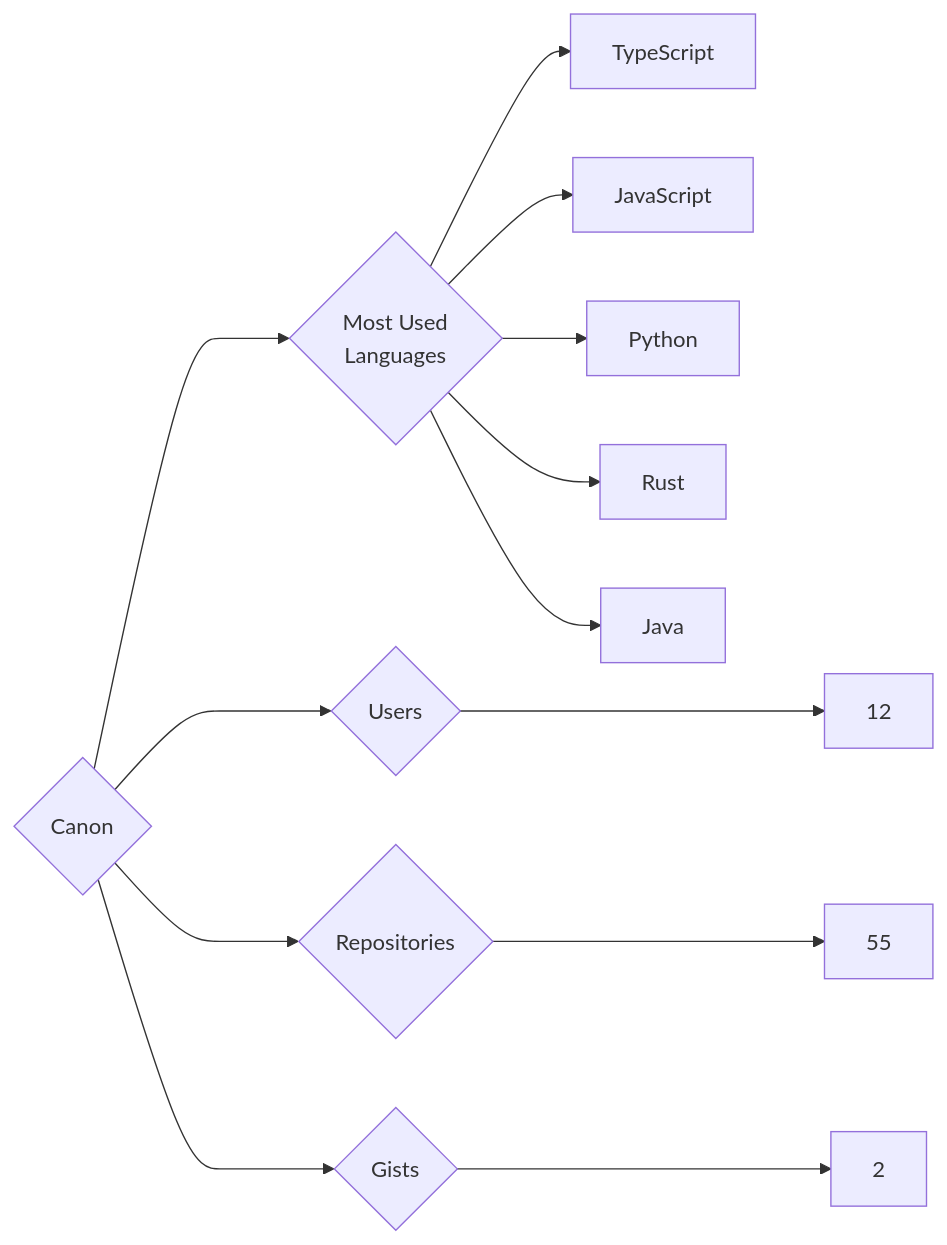
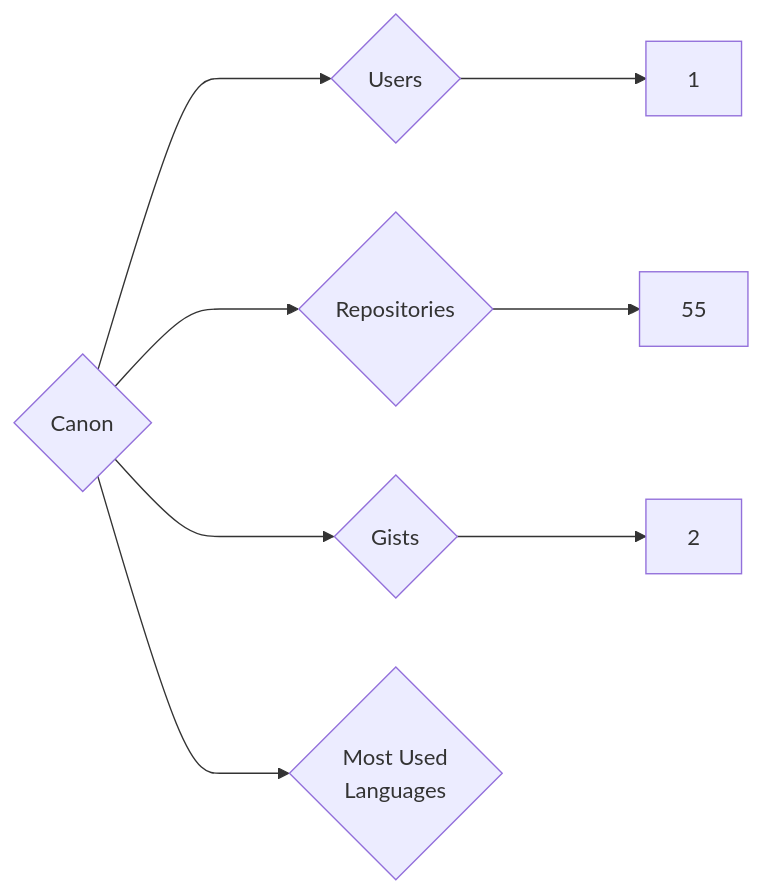
The diagram in targets/Canon/README.md (trickest/insiders), drawn with Mermaid before and after one commit. The commit also changed 718 other files, not shown here.

````diff
--- a/targets/Canon/README.md
+++ b/targets/Canon/README.md
@@ -3,13 +3,8 @@
 ```mermaid
 graph LR
 COMPANY_NAME{Canon}
-COMPANY_NAME ---> U{Users} ---> UN[12]
+COMPANY_NAME ---> U{Users} ---> UN[1]
 COMPANY_NAME ---> R{Repositories} ---> RN[55]
 COMPANY_NAME ---> G{Gists} ---> GN[2]
 COMPANY_NAME ---> ML{Most Used<br>Languages}
-ML --> TypeScript[TypeScript]
-ML --> JavaScript[JavaScript]
-ML --> Python[Python]
-ML --> Rust[Rust]
-ML --> Java[Java]
 ```
````
